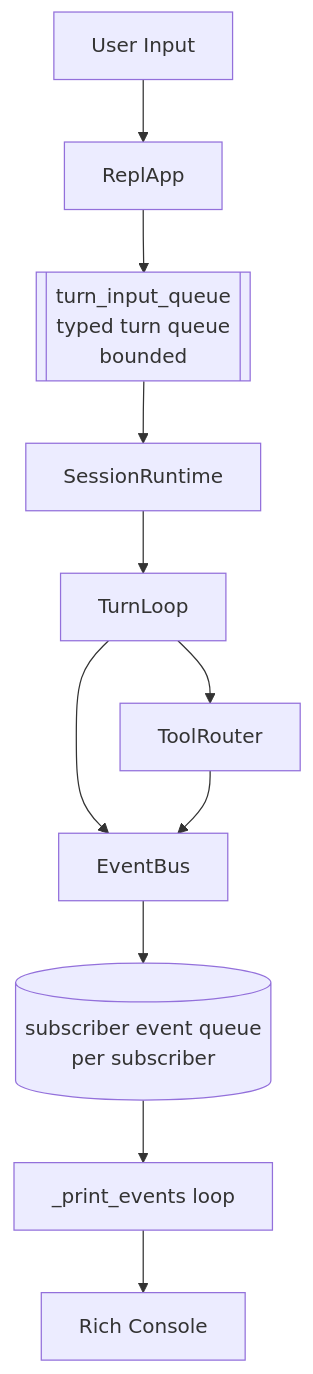
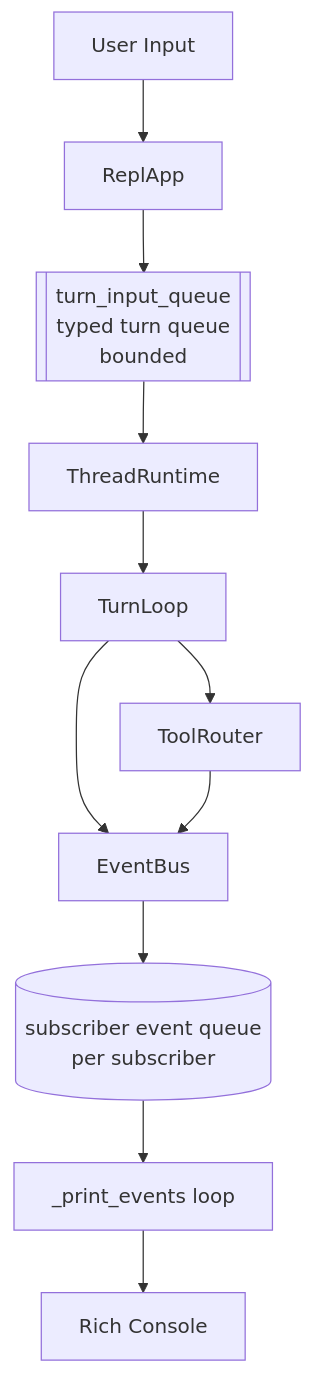
Before and after one commit to yao-creative/anti-tech-debt: the second of 8 diagrams in docs/architecture.md, drawn with Mermaid. The commit also changed other lines of this file and 22 other files, not shown here.

Commit message:
Hard cut runtime to thread model

````diff
--- a/docs/architecture.md
+++ b/docs/architecture.md
@@ -75,24 +75,24 @@
 ```mermaid
 flowchart TD
     User[User Input]
     Repl[ReplApp]
     TurnInputQ[[turn_input_queue<br/>typed turn queue<br/>bounded]]
-    SessionRuntime[SessionRuntime]
+    ThreadRuntime[ThreadRuntime]
     TurnLoop[TurnLoop]
     ToolRouter[ToolRouter]
     EventBus[EventBus]
     SubscriberQ[(subscriber event queue<br/>per subscriber)]
     Printer[_print_events loop]
     Console[Rich Console]
 
     User --> Repl
     Repl --> TurnInputQ
-    TurnInputQ --> SessionRuntime
-    SessionRuntime --> TurnLoop
+    TurnInputQ --> ThreadRuntime
+    ThreadRuntime --> TurnLoop
     TurnLoop --> ToolRouter
     TurnLoop --> EventBus
     ToolRouter --> EventBus
     EventBus --> SubscriberQ
     SubscriberQ --> Printer
     Printer --> Console
 ```
````
